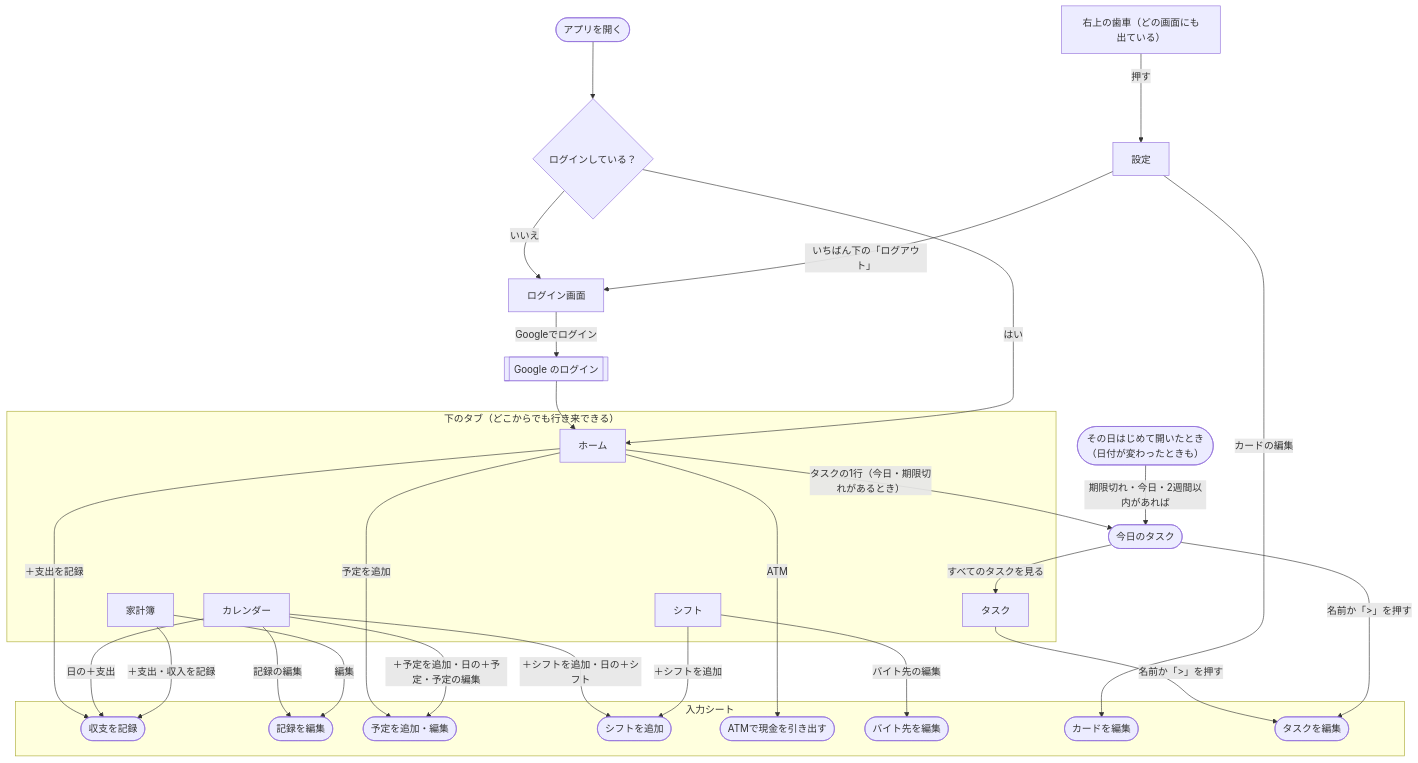
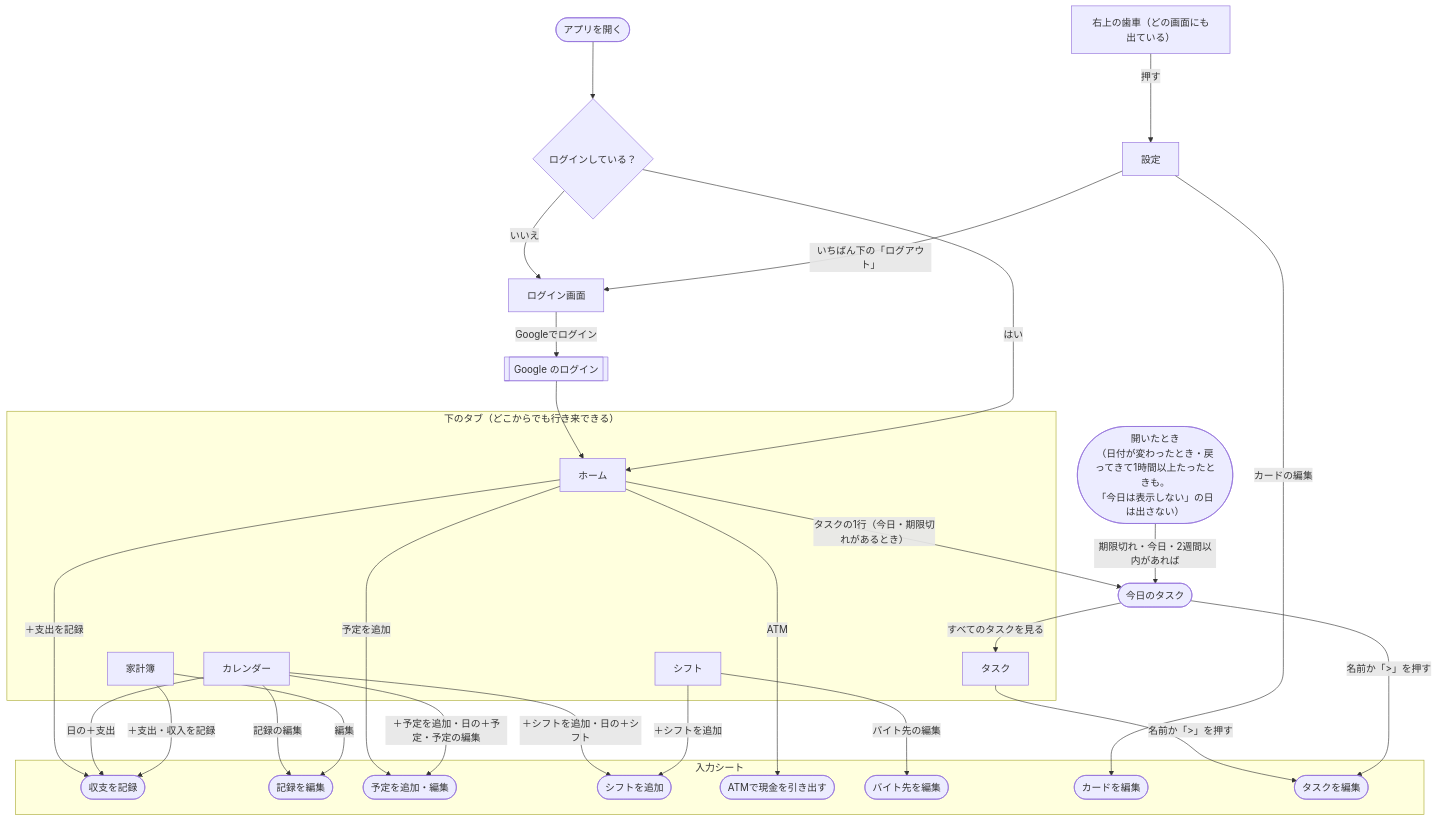
Before and after one commit to Keitaro0510/maney-app: the first of 2 diagrams in docs/SCREENS.md, drawn with Mermaid. The commit also changed other lines of this file and 7 other files, not shown here.

````diff
--- a/docs/SCREENS.md
+++ b/docs/SCREENS.md
@@ -18,55 +18,55 @@
 ```mermaid
 flowchart TD
   start(["アプリを開く"]) --> auth{"ログインしている？"}
   auth -- "いいえ" --> login["ログイン画面"]
   login -- "Googleでログイン" --> google[["Google のログイン"]]
   google --> home
   auth -- "はい" --> home
 
   subgraph tabs["下のタブ（どこからでも行き来できる）"]
     home["ホーム"]
     cal["カレンダー"]
     ldg["家計簿"]
     shift["シフト"]
     task["タスク"]
   end
 
-  start2(["その日はじめて開いたとき<br>（日付が変わったときも）"]) -- "期限切れ・今日・2週間以内があれば" --> sStartup(["今日のタスク"])
+  start2(["開いたとき<br>（日付が変わったとき・戻ってきて1時間以上たったときも。<br>「今日は表示しない」の日は出さない）"]) -- "期限切れ・今日・2週間以内があれば" --> sStartup(["今日のタスク"])
   sStartup -- "すべてのタスクを見る" --> task
 
   gear["右上の歯車（どの画面にも出ている）"] -- "押す" --> set["設定"]
 
   subgraph sheets["入力シート"]
     sLdg(["収支を記録"])
     sLde(["記録を編集"])
     sPlan(["予定を追加・編集"])
     sShift(["シフトを追加"])
     sAtm(["ATMで現金を引き出す"])
     sJob(["バイト先を編集"])
     sCard(["カードを編集"])
     sTask(["タスクを編集"])
   end
 
   home -- "＋支出を記録" --> sLdg
   home -- "予定を追加" --> sPlan
   home -- "ATM" --> sAtm
   home -- "タスクの1行（今日・期限切れがあるとき）" --> sStartup
 
   cal -- "＋シフトを追加・日の＋シフト" --> sShift
   cal -- "＋予定を追加・日の＋予定・予定の編集" --> sPlan
   cal -- "日の＋支出" --> sLdg
   cal -- "記録の編集" --> sLde
 
   ldg -- "＋支出・収入を記録" --> sLdg
   ldg -- "編集" --> sLde
 
   shift -- "＋シフトを追加" --> sShift
   shift -- "バイト先の編集" --> sJob
 
   task -- "名前か「>」を押す" --> sTask
   sStartup -- "名前か「>」を押す" --> sTask
 
   set -- "カードの編集" --> sCard
 
   set -- "いちばん下の「ログアウト」" --> login
 ```
````
